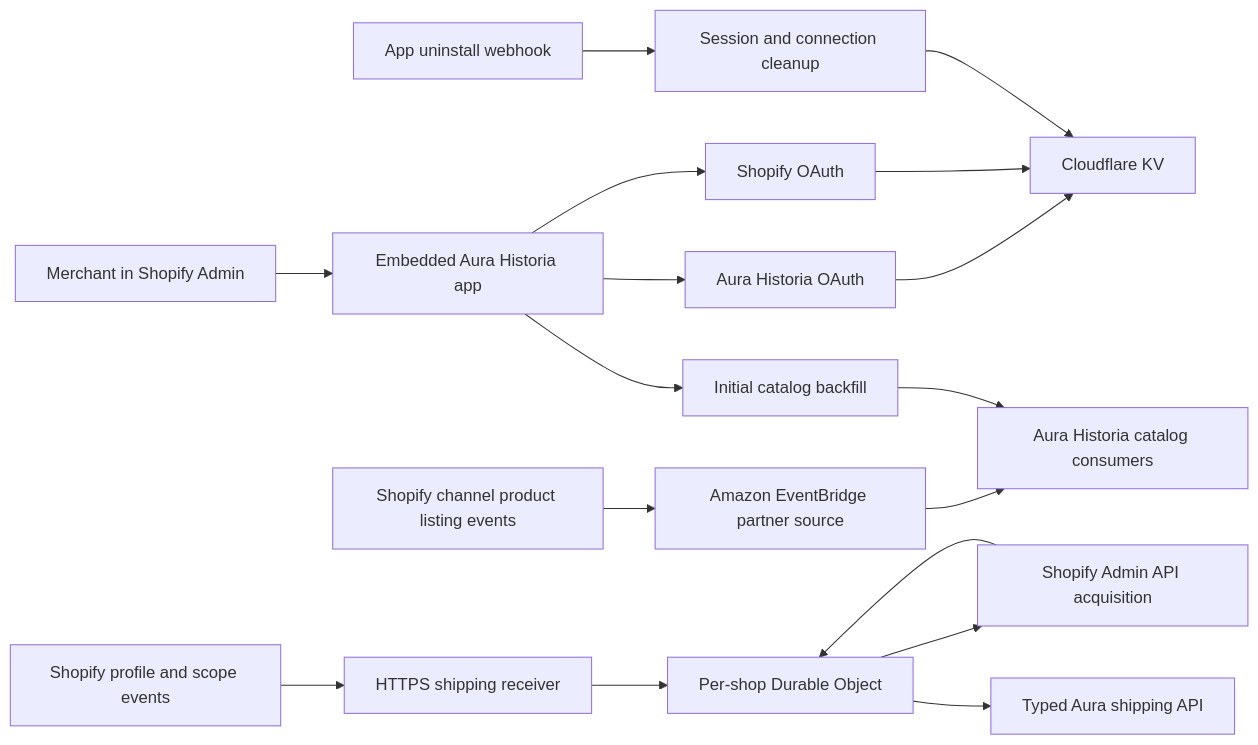
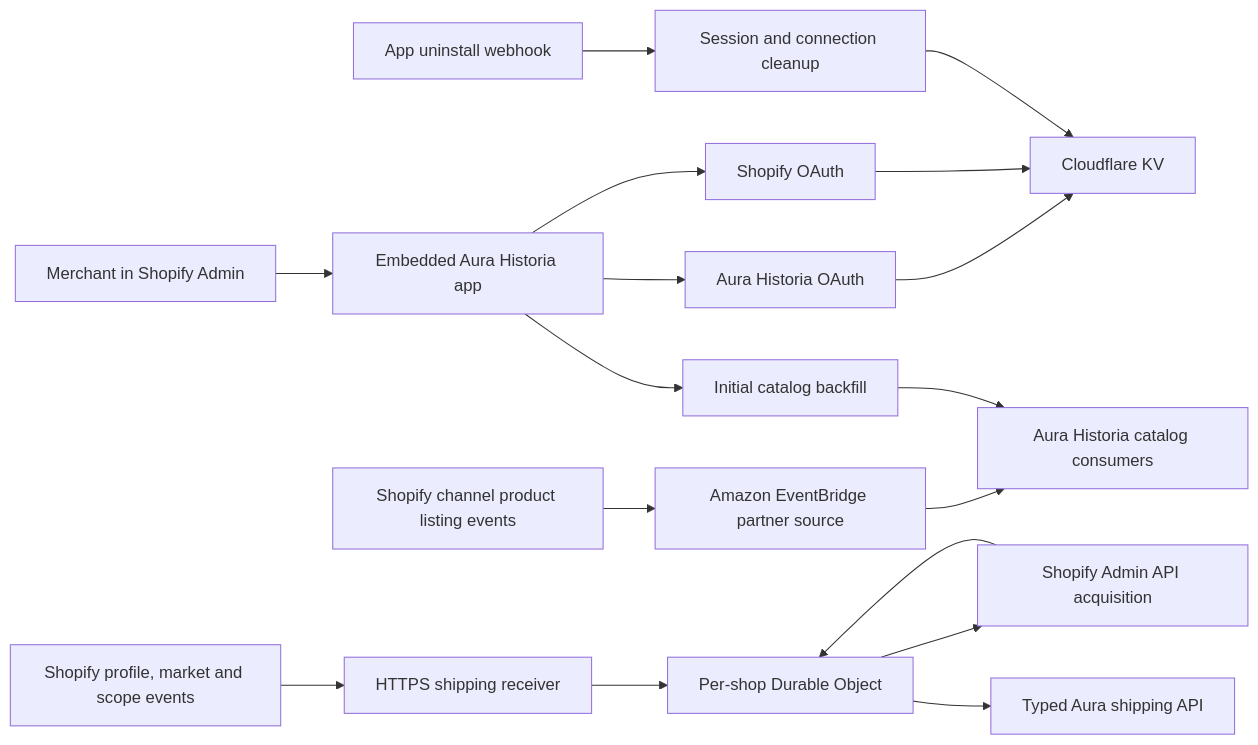
Before and after one commit to aura-historia/shopify-app: the diagram in README.md, drawn with Mermaid. The commit also changed other lines of this file and 20 other files, not shown here.

First line of the commit message:
feat(#383): import market-driven Shopify shipping from Markets (#391)

````diff
--- a/README.md
+++ b/README.md
@@ -40,19 +40,19 @@
 ```mermaid
 flowchart LR
     M[Merchant in Shopify Admin] --> I[Embedded Aura Historia app]
     I --> S[Shopify OAuth]
     I --> O[Aura Historia OAuth]
     O --> K[Cloudflare KV]
     S --> K
     P[Shopify channel product listing events] --> E[Amazon EventBridge partner source]
     E --> A[Aura Historia catalog consumers]
     I --> B[Initial catalog backfill]
     B --> A
     U[App uninstall webhook] --> C[Session and connection cleanup]
     C --> K
-    SP[Shopify profile and scope events] --> H[HTTPS shipping receiver]
+    SP[Shopify profile, market and scope events] --> H[HTTPS shipping receiver]
     H --> D[Per-shop Durable Object]
     D --> G[Shopify Admin API acquisition]
     G --> D
     D --> SH[Typed Aura shipping API]
 ```
````
